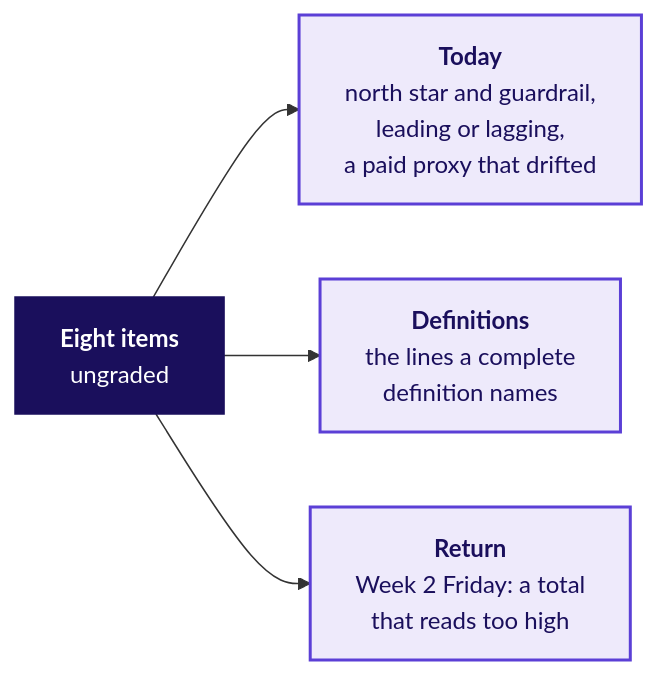
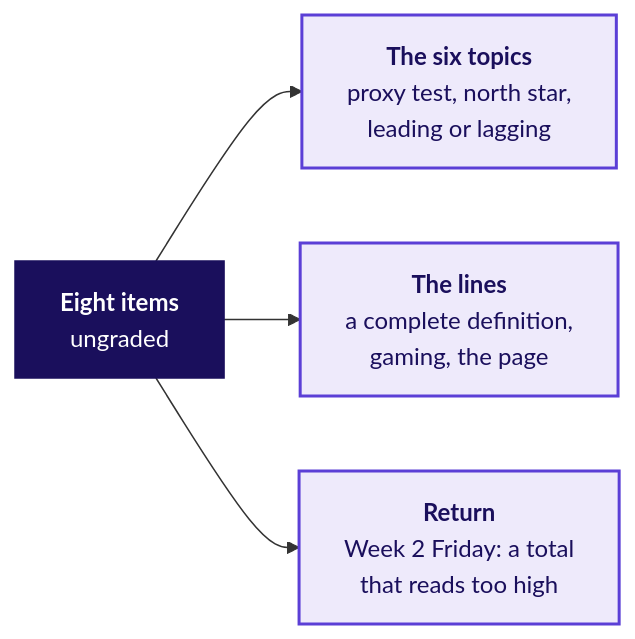
The third of 3 diagrams in content/W04/D1/slides/C2_W04_D01_half2_STUDENT.md (fde-academy-lab/c2-content-factory), drawn with Mermaid before and after one commit. The commit also changed other lines of this file and 6 other files, not shown here.

````diff
--- a/content/W04/D1/slides/C2_W04_D01_half2_STUDENT.md
+++ b/content/W04/D1/slides/C2_W04_D01_half2_STUDENT.md
@@ -230,10 +283,10 @@
 ```mermaid
 flowchart LR
-    K["<b>Eight items</b><br/>ungraded"] --> A["<b>Today</b><br/>north star and guardrail,<br/>leading or lagging,<br/>a paid proxy that drifted"]
-    K --> B["<b>Definitions</b><br/>the lines a complete<br/>definition names"]
+    K["<b>Eight items</b><br/>ungraded"] --> A["<b>The six topics</b><br/>proxy test, north star,<br/>leading or lagging"]
+    K --> B["<b>The lines</b><br/>a complete definition,<br/>gaming, the page"]
     K --> C["<b>Return</b><br/>Week 2 Friday: a total<br/>that reads too high"]
     classDef lit fill:#1A0F5C,stroke:#1A0F5C,color:#FFFFFF
     classDef known fill:#EEEAFB,stroke:#5B3FD6,color:#1A0F5C,stroke-width:2px
     class K lit
     class A,B,C known
 ```
````
